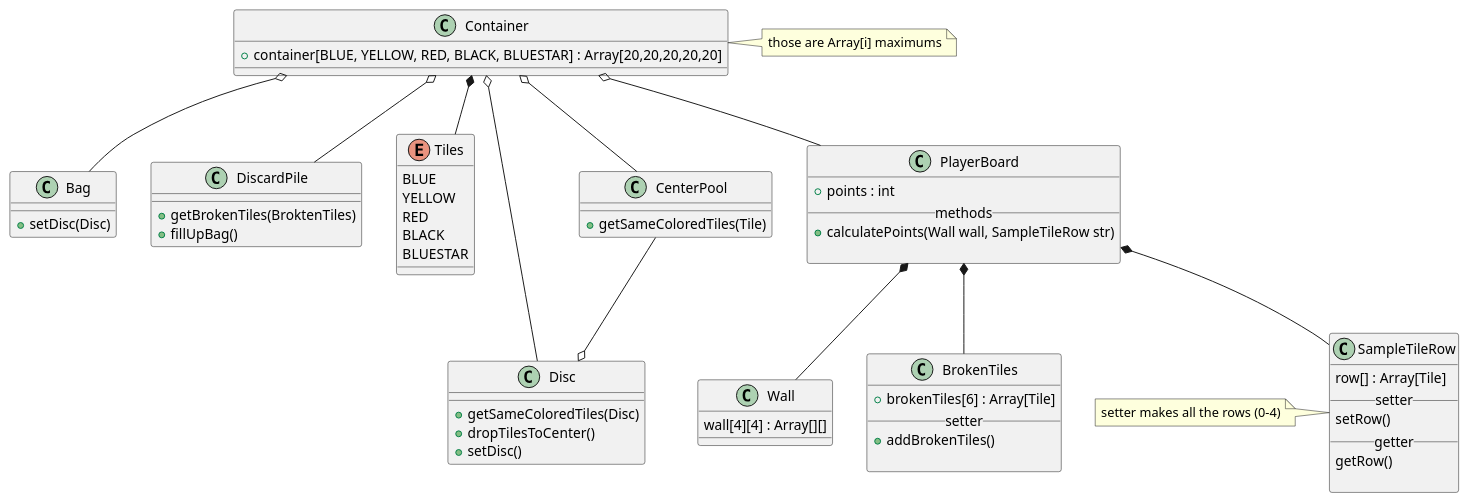
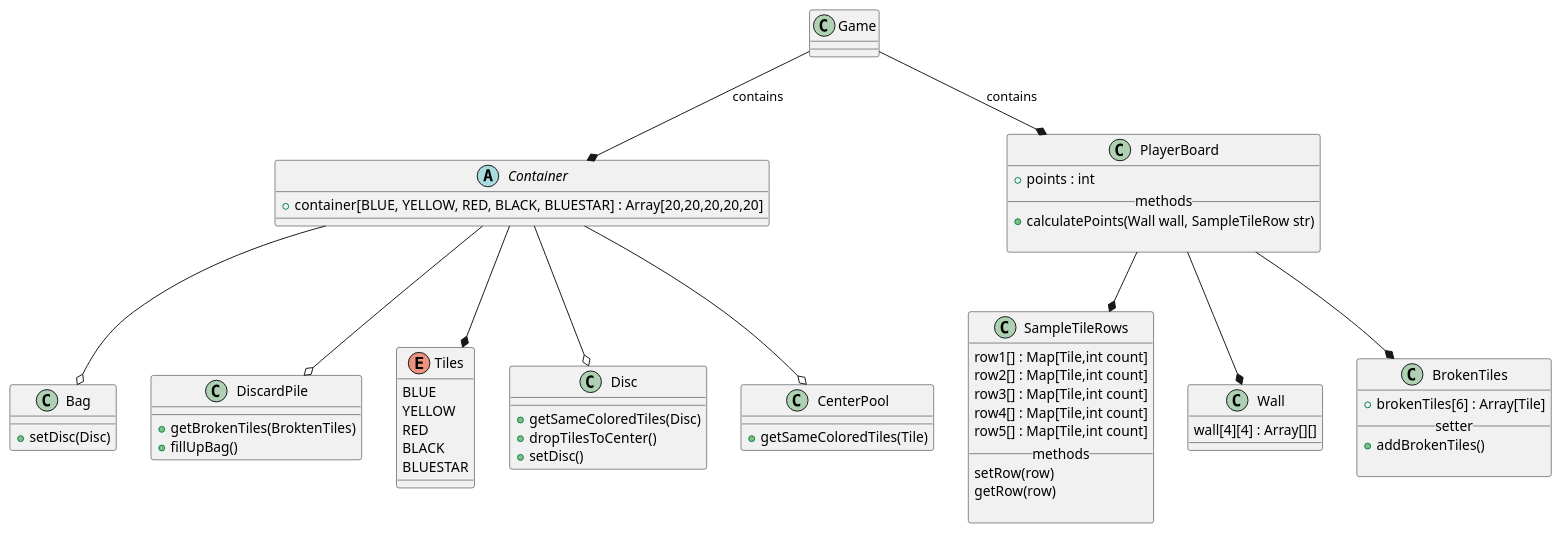
One commit to Uni-Sopron/szta-22t-azul-tileguys changed the diagram in doc/classdiagram.wsd. Above: the diagram before and after it, drawn with PlantUML.

Commit message:
classdiagram v3

```diff
--- a/doc/classdiagram.wsd
+++ b/doc/classdiagram.wsd
@@ -1,76 +1,79 @@
 @startuml Azul classes
-class Container{
+abstract class Container{
     + container[BLUE, YELLOW, RED, BLACK, BLUESTAR] : Array[20,20,20,20,20]
     
 
 }
-note right: those are Array[i] maximums
 
-Container o-- Bag
+Container --o Bag
 class Bag{
     + setDisc(Disc)
 
 }
 
-Container o-- DiscardPile
+Container --o DiscardPile
 class DiscardPile{
     + getBrokenTiles(BroktenTiles)
     + fillUpBag()
 }
 
-Container *--Tiles
+Container --*Tiles
 enum Tiles{
     BLUE
     YELLOW
     RED
     BLACK
     BLUESTAR
 }
 
-Container o-- Disc
+Container --o Disc
 class Disc{
     + getSameColoredTiles(Disc)
     + dropTilesToCenter()
     + setDisc()
 }
 
-Container o-- CenterPool
-CenterPool --o Disc
+Container --o CenterPool
 class CenterPool{
     + getSameColoredTiles(Tile)
 }
 
-
-Container o-- PlayerBoard
 class PlayerBoard{
     + points : int
     __methods__
     + calculatePoints(Wall wall, SampleTileRow str)
 
 }
 
-PlayerBoard *-- SampleTileRow
-class SampleTileRow{
-    row[] : Array[Tile]
-    __setter__
-    setRow()
-    __getter__
-    getRow()
+PlayerBoard --* SampleTileRows
+class SampleTileRows{
+    row1[] : Map[Tile,int count]
+    row2[] : Map[Tile,int count]
+    row3[] : Map[Tile,int count]
+    row4[] : Map[Tile,int count]
+    row5[] : Map[Tile,int count]
+    __methods__
+    setRow(row)
+    getRow(row)
 
 }
-note left: setter makes all the rows (0-4)
 
-PlayerBoard *-- Wall
+PlayerBoard --* Wall
 class Wall{
     wall[4][4] : Array[][]
 }
 
-PlayerBoard *-- BrokenTiles
+PlayerBoard --* BrokenTiles
 class BrokenTiles{
     + brokenTiles[6] : Array[Tile]
     __setter__
     + addBrokenTiles()
 
 }
 
+Game --* Container : contains
+Game --* PlayerBoard : contains
+class Game {
+
+}
 @enduml
```
